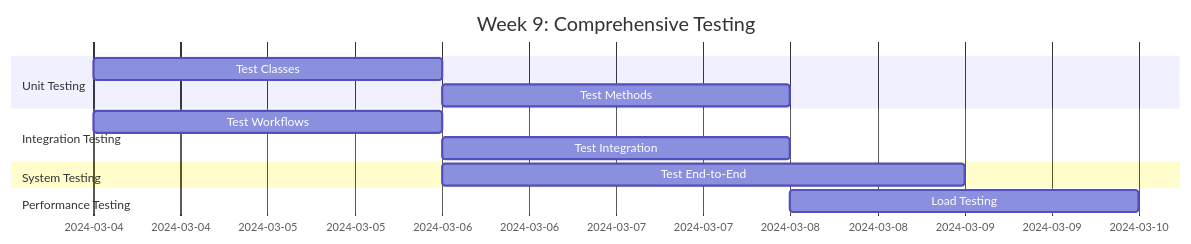
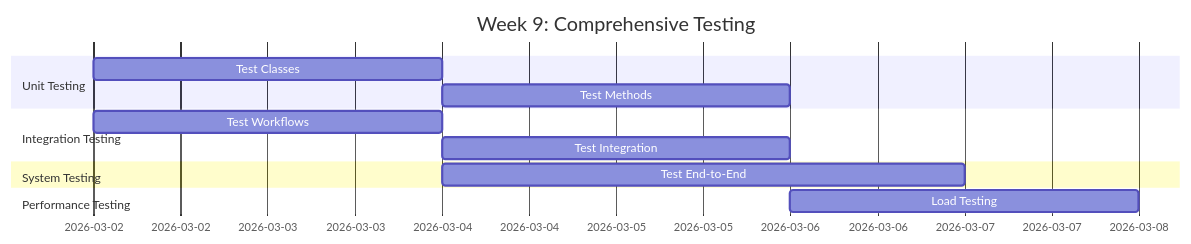
One commit to iouthnamain/tech-note changed the first of 4 diagrams in SAP-Guides/Capstone/Employee-Leave-System/Phase3_Testing_QA.md. Above: the diagram before and after it, drawn with Mermaid. The commit also changed other lines of this file and 96 other files, not shown here.

````diff
--- a/SAP-Guides/Capstone/Employee-Leave-System/Phase3_Testing_QA.md
+++ b/SAP-Guides/Capstone/Employee-Leave-System/Phase3_Testing_QA.md
@@ -27,15 +27,15 @@
 ```mermaid
 gantt
     title Week 9: Comprehensive Testing
     dateFormat YYYY-MM-DD
     section Unit Testing
-    Test Classes           :a1, 2024-03-04, 2d
+    Test Classes           :a1, 2026-03-02, 2d
     Test Methods          :a2, after a1, 2d
     section Integration Testing
-    Test Workflows        :b1, 2024-03-04, 2d
+    Test Workflows        :b1, 2026-03-02, 2d
     Test Integration      :b2, after b1, 2d
     section System Testing
-    Test End-to-End       :c1, 2024-03-06, 3d
+    Test End-to-End       :c1, 2026-03-04, 3d
     section Performance Testing
-    Load Testing          :d1, 2024-03-08, 2d
+    Load Testing          :d1, 2026-03-06, 2d
 ```
````
